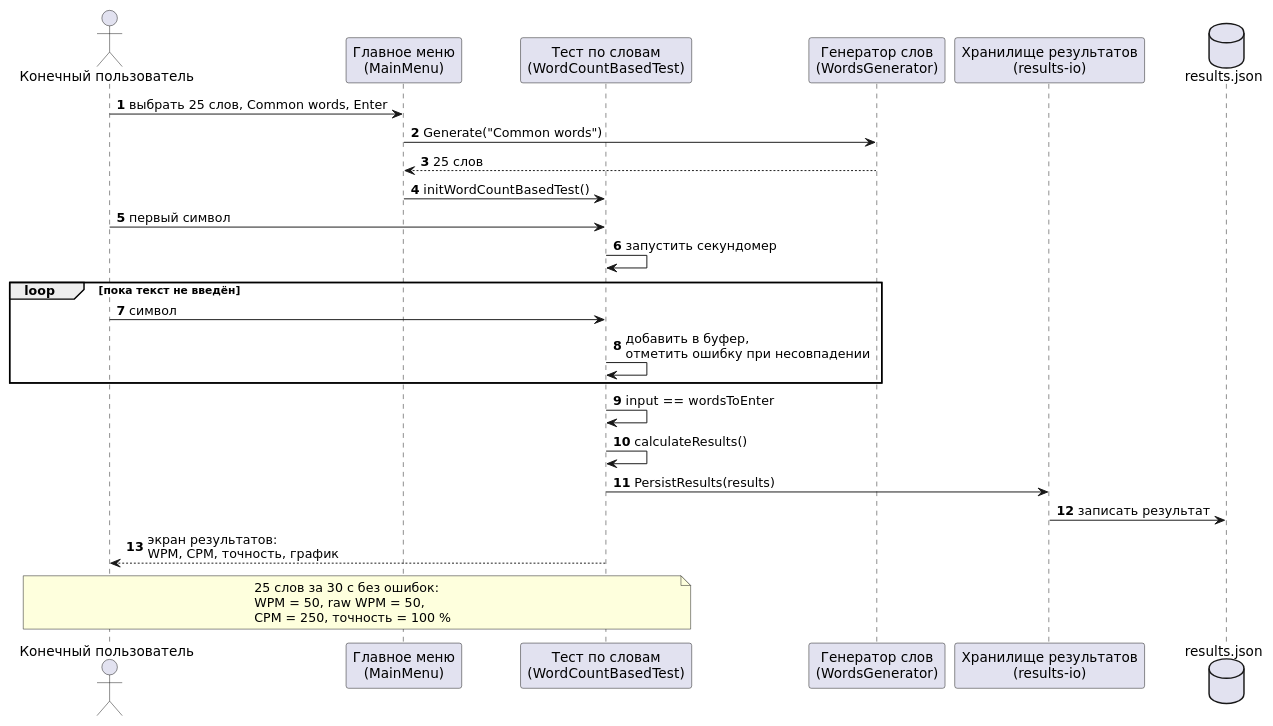
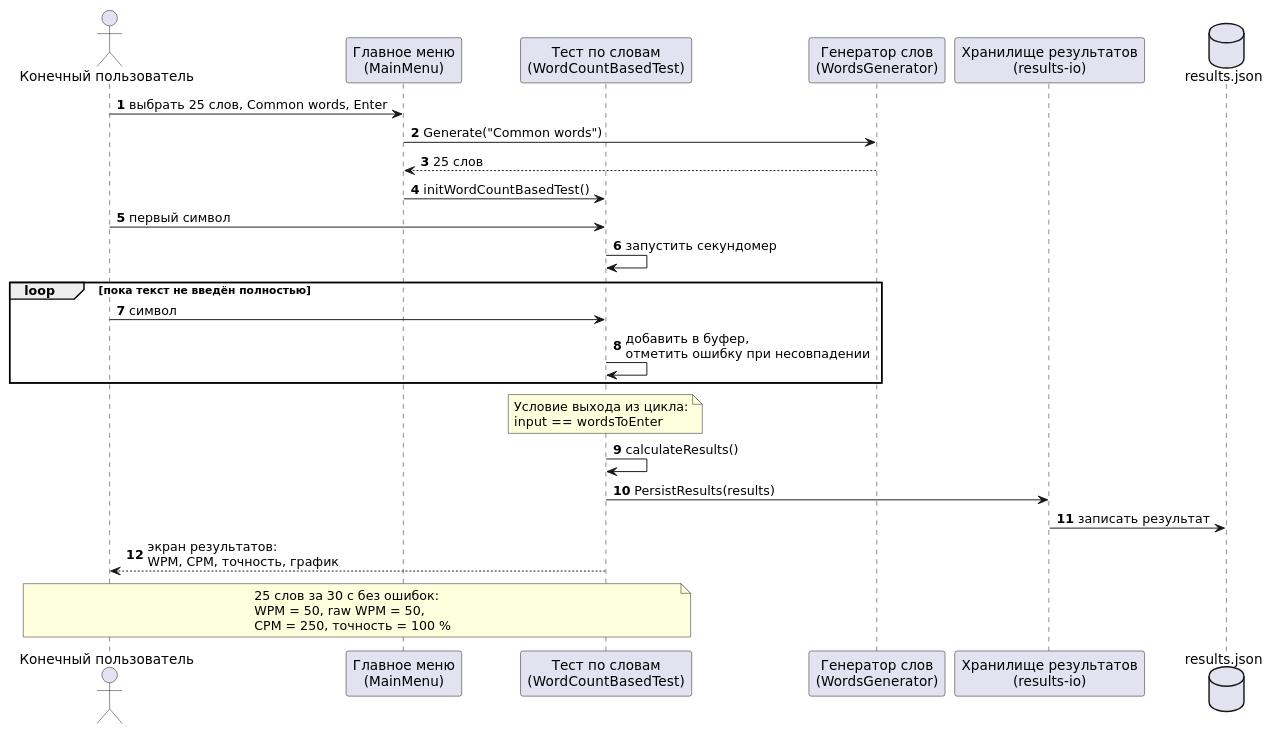
One commit to gitmaxlla/typioca-code changed the diagram in docs/diagrams/sequence-word-test.puml. Above: the diagram before and after it, drawn with PlantUML. The commit also changed 14 other files, not shown here.

Commit message:
feat(lab2) diagrams done

```diff
--- a/docs/diagrams/sequence-word-test.puml
+++ b/docs/diagrams/sequence-word-test.puml
@@ -1,37 +1,41 @@
 @startuml sequence-word-test
 skinparam defaultFontName "DejaVu Sans"
 skinparam backgroundColor white
 skinparam shadowing false
 autonumber
 
 actor "Конечный пользователь" as User
 participant "Главное меню\n(MainMenu)" as Menu
 participant "Тест по словам\n(WordCountBasedTest)" as Test
 participant "Генератор слов\n(WordsGenerator)" as Gen
 participant "Хранилище результатов\n(results-io)" as Store
 database "results.json" as FS
 
 User -> Menu : выбрать 25 слов, Common words, Enter
 Menu -> Gen : Generate("Common words")
 Gen --> Menu : 25 слов
 Menu -> Test : initWordCountBasedTest()
 User -> Test : первый символ
 Test -> Test : запустить секундомер
 
-loop пока текст не введён
+loop пока текст не введён полностью
   User -> Test : символ
   Test -> Test : добавить в буфер,\nотметить ошибку при несовпадении
 end
 
-Test -> Test : input == wordsToEnter
+note over Test
+  Условие выхода из цикла:
+  input == wordsToEnter
+end note
+
 Test -> Test : calculateResults()
 Test -> Store : PersistResults(results)
 Store -> FS : записать результат
 Test --> User : экран результатов:\nWPM, CPM, точность, график
 
 note over User, Test
   25 слов за 30 с без ошибок:
   WPM = 50, raw WPM = 50,
   CPM = 250, точность = 100 %
 end note
 @enduml
```
